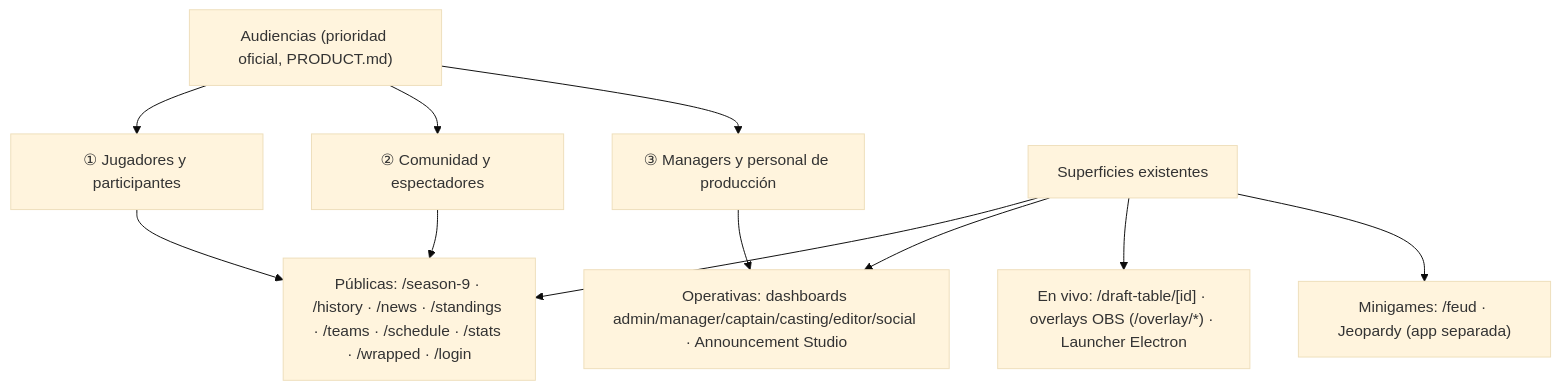
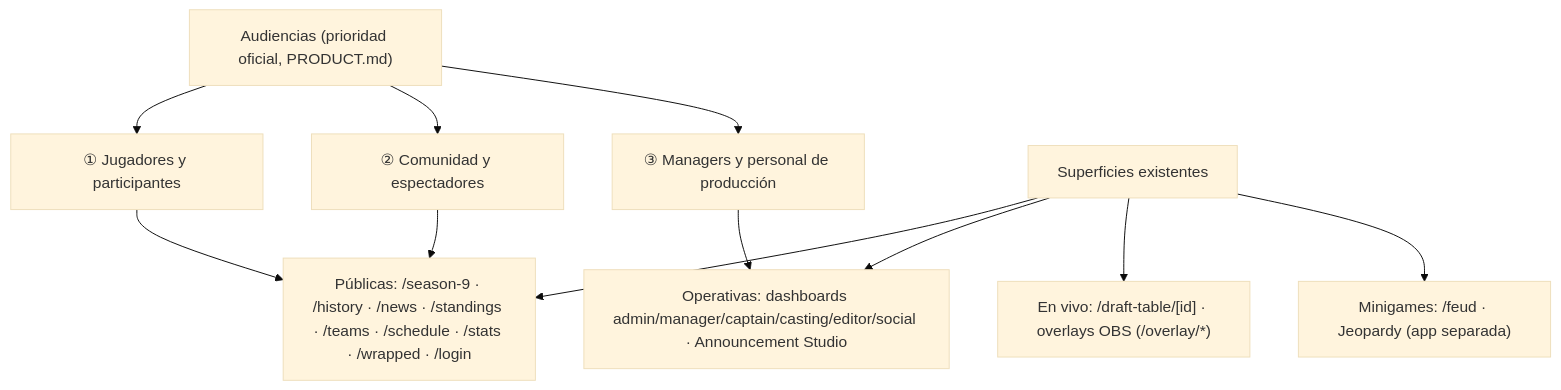
Before and after one commit to AlonsoOspino/GoongingaProyectDesigning: the fifth of 10 diagrams in BRAND.md, drawn with Mermaid (base theme). The commit also changed other lines of this file and 193 other files, not shown here.

````diff
--- a/BRAND.md
+++ b/BRAND.md
@@ -122,17 +121,17 @@
 ```mermaid
 graph TD
     AUD["Audiencias (prioridad oficial, PRODUCT.md)"]
     AUD --> A1["① Jugadores y participantes"]
     AUD --> A2["② Comunidad y espectadores"]
     AUD --> A3["③ Managers y personal de producción"]
 
     SUB["Superficies existentes"]
     SUB --> PUB["Públicas: /season-9 · /history · /news · /standings · /teams · /schedule · /stats · /wrapped · /login"]
     SUB --> OPS["Operativas: dashboards admin/manager/captain/casting/editor/social · Announcement Studio"]
-    SUB --> LIVE["En vivo: /draft-table/[id] · overlays OBS (/overlay/*) · Launcher Electron"]
+    SUB --> LIVE["En vivo: /draft-table/[id] · overlays OBS (/overlay/*)"]
     SUB --> MG["Minigames: /feud · Jeopardy (app separada)"]
 
     A1 --> PUB
     A2 --> PUB
     A3 --> OPS
 ```
````
